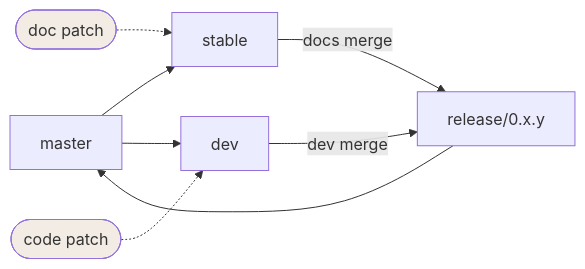
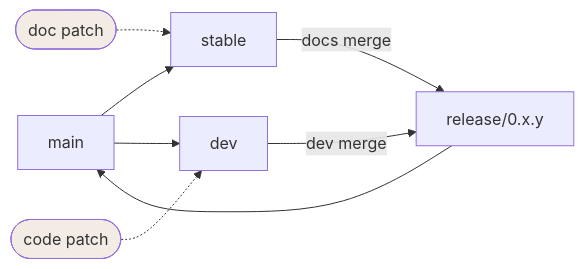
Before and after one commit to OSOceanAcoustics/echopype: the diagram in docs/source/contributing.rst, drawn with Mermaid. The commit also changed other lines of this file, not shown here.

```diff
--- a/docs/source/contributing.rst
+++ b/docs/source/contributing.rst
@@ -27,11 +27,11 @@
 .. mermaid::
 
     graph LR
         classDef patch fill:#f2ece4
-        master --> stable
-        master --> dev
+        main --> stable
+        main --> dev
         p1([doc patch]):::patch -.-> stable
         p2([code patch]):::patch -.-> dev
         stable --> |docs merge| rel[release/0.x.y]
         dev --> |dev merge| rel
-        rel --> master
+        rel --> main
```
